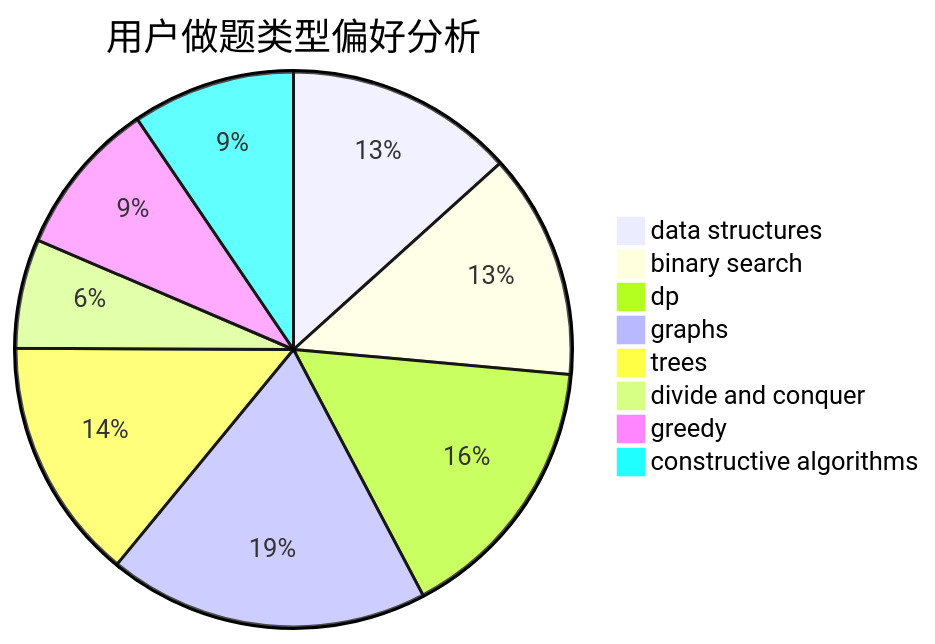
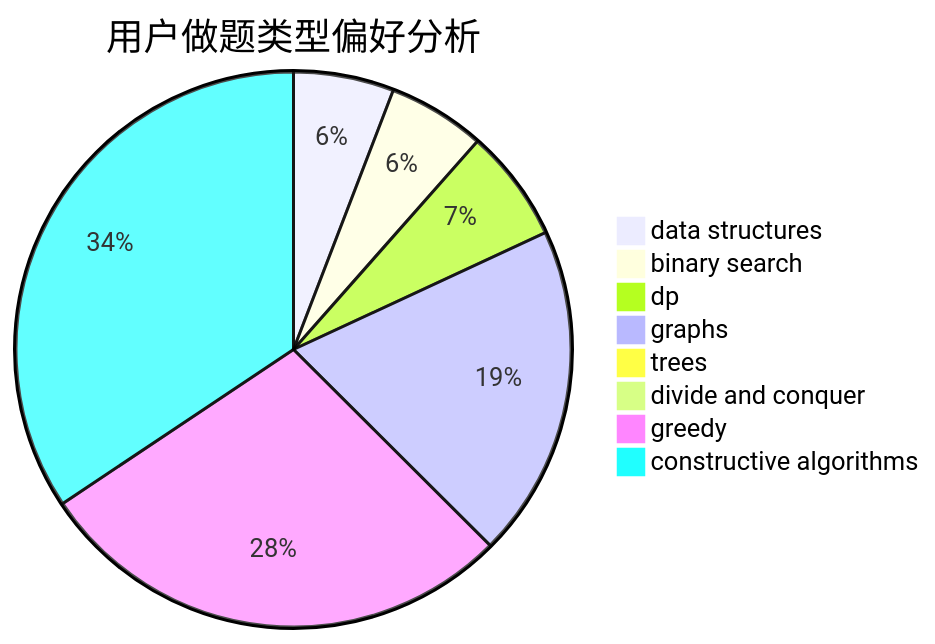
The second of 3 diagrams in docs/user/u347.md (sherpahu/cfrs.github.io), drawn with Mermaid before and after one commit. The commit also changed other lines of this file and 2770 other files, not shown here.

````diff
--- a/docs/user/u347.md
+++ b/docs/user/u347.md
@@ -23,11 +23,11 @@
 ```mermaid
 pie title 用户做题类型偏好分析
-    "data structures" :  132
-    "binary search" :  130
-    "dp" :  157
-    "graphs" :  185
-    "trees" :  140
-    "divide and conquer" :  63
-    "greedy" :  90
-    "constructive algorithms" :  94
+    "data structures" :  130
+    "binary search" :  126
+    "dp" :  146
+    "graphs" :  431
+    "trees" :  13
+    "divide and conquer" :  0
+    "greedy" :  626
+    "constructive algorithms" :  764
 ```
````
